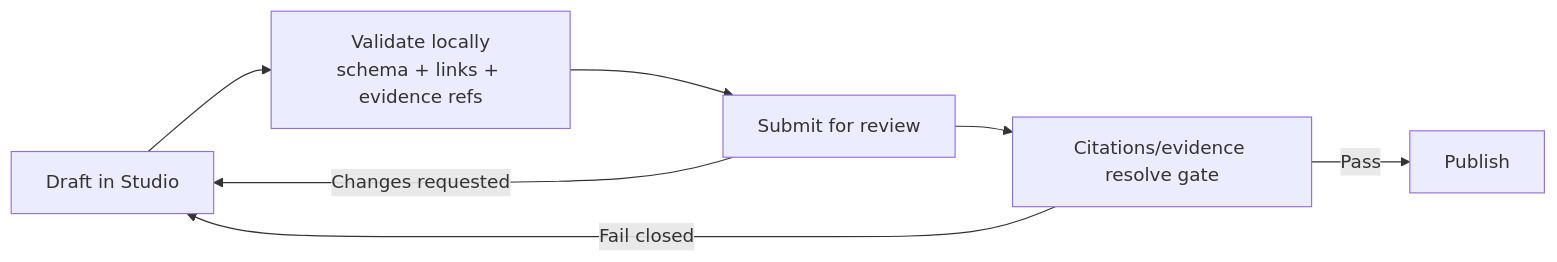
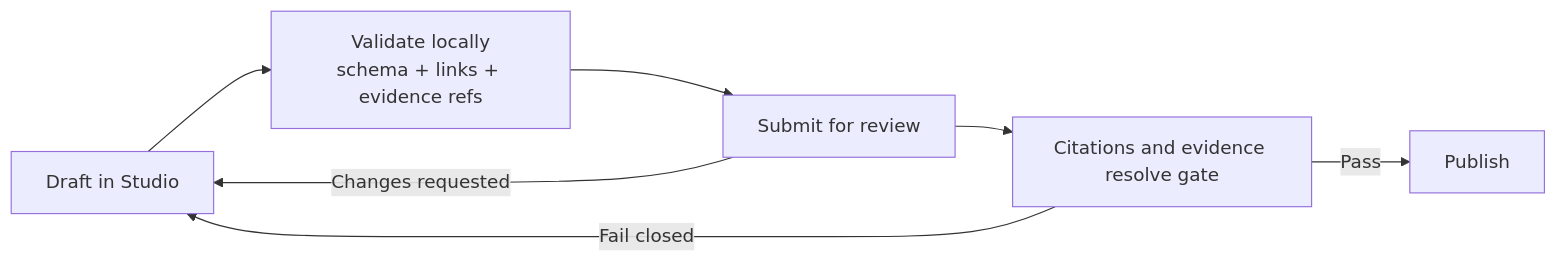
Before and after one commit to bartytime4life/Kansas-Frontier-Matrix: the first of 2 diagrams in apps/studio/README.md, drawn with Mermaid. The commit also changed other lines of this file, not shown here.

````diff
--- a/apps/studio/README.md
+++ b/apps/studio/README.md
@@ -48,9 +104,9 @@
 ```mermaid
 flowchart LR
   A[Draft in Studio] --> B[Validate locally<br/>schema + links + evidence refs]
   B --> C[Submit for review]
   C -->|Changes requested| A
-  C --> D[Citations/evidence resolve gate]
+  C --> D[Citations and evidence resolve gate]
   D -->|Pass| E[Publish]
   D -->|Fail closed| A
 ```
````
